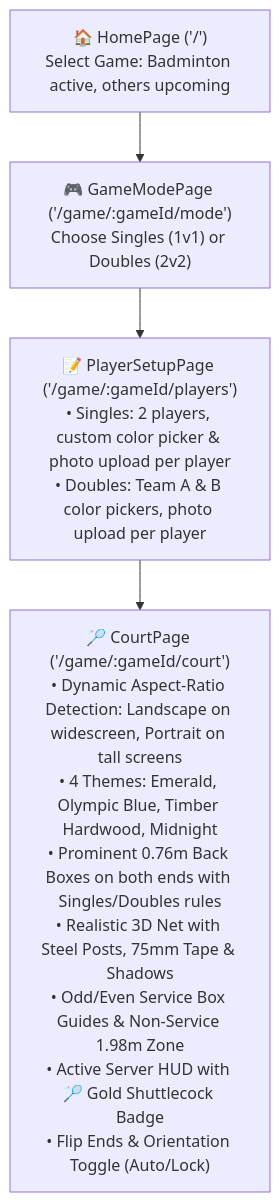
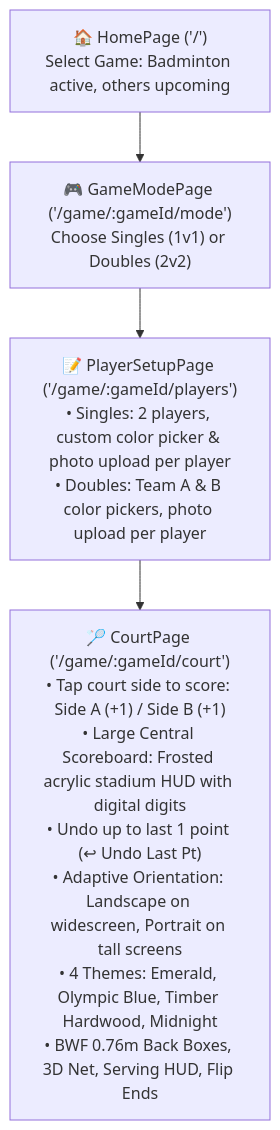
One commit to Pradeep-elangovan/Shuttle-score changed the diagram in PROJECT_STATUS.md. Above: the diagram before and after it, drawn with Mermaid. The commit also changed other lines of this file and 3 other files, not shown here.

Commit message:
Add tap-to-score on court sides, large center scoreboard, and 1-point undo

````diff
--- a/PROJECT_STATUS.md
+++ b/PROJECT_STATUS.md
@@ -30,6 +30,6 @@
 ```mermaid
 flowchart TD
     A["🏠 HomePage ('/')\nSelect Game: Badminton active, others upcoming"] --> B["🎮 GameModePage ('/game/:gameId/mode')\nChoose Singles (1v1) or Doubles (2v2)"]
     B --> C["📝 PlayerSetupPage ('/game/:gameId/players')\n• Singles: 2 players, custom color picker & photo upload per player\n• Doubles: Team A & B color pickers, photo upload per player"]
-    C --> D["🏸 CourtPage ('/game/:gameId/court')\n• Dynamic Aspect-Ratio Detection: Landscape on widescreen, Portrait on tall screens\n• 4 Themes: Emerald, Olympic Blue, Timber Hardwood, Midnight\n• Prominent 0.76m Back Boxes on both ends with Singles/Doubles rules\n• Realistic 3D Net with Steel Posts, 75mm Tape & Shadows\n• Odd/Even Service Box Guides & Non-Service 1.98m Zone\n• Active Server HUD with 🏸 Gold Shuttlecock Badge\n• Flip Ends & Orientation Toggle (Auto/Lock)"]
+    C --> D["🏸 CourtPage ('/game/:gameId/court')\n• Tap court side to score: Side A (+1) / Side B (+1)\n• Large Central Scoreboard: Frosted acrylic stadium HUD with digital digits\n• Undo up to last 1 point (↩ Undo Last Pt)\n• Adaptive Orientation: Landscape on widescreen, Portrait on tall screens\n• 4 Themes: Emerald, Olympic Blue, Timber Hardwood, Midnight\n• BWF 0.76m Back Boxes, 3D Net, Serving HUD, Flip Ends"]
 ```
````
